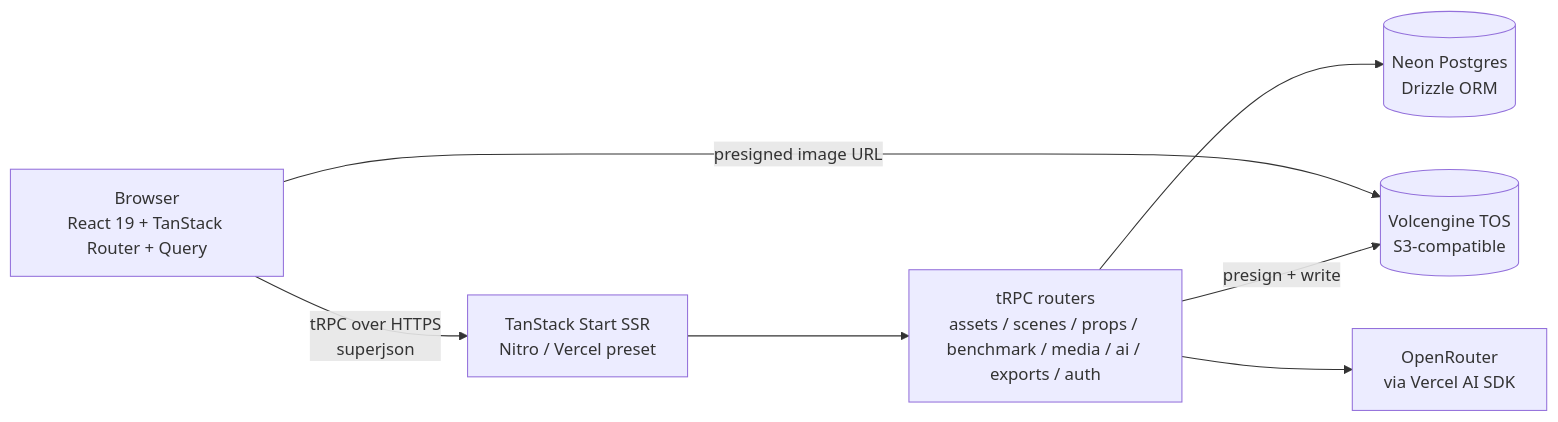
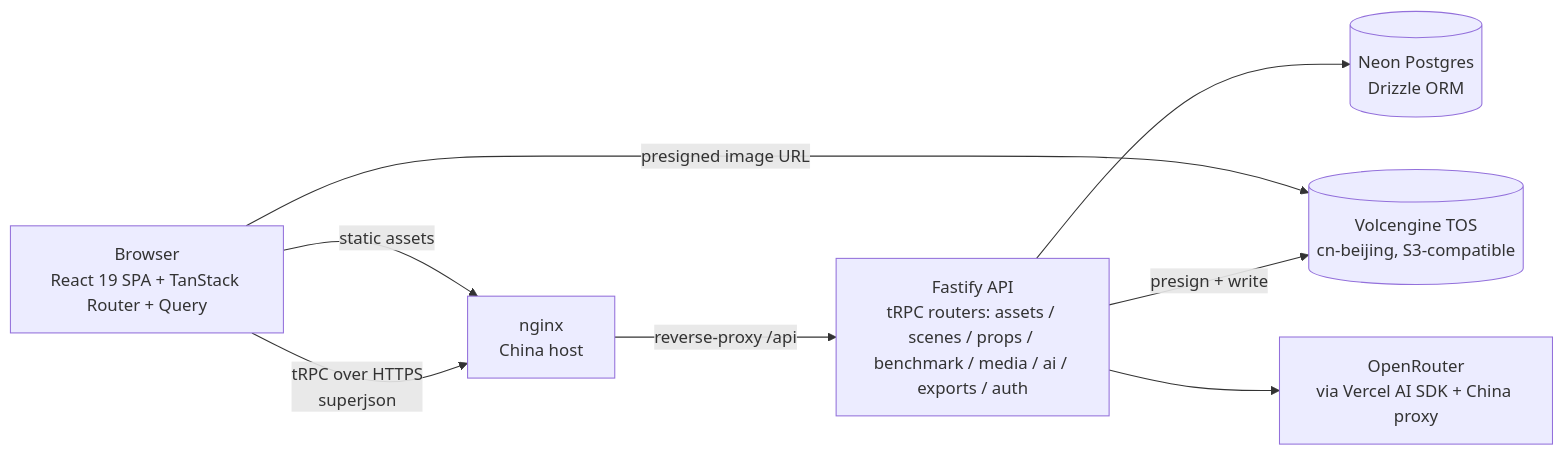
One commit to smilexuhc/benchmark-repo changed the first of 4 diagrams in docs/plans/2026-05-30-001-refactor-asset-library-stack-rebuild-plan.md. Above: the diagram before and after it, drawn with Mermaid. The commit also changed other lines of this file, not shown here.

First line of the commit message:
docs: finalize Milestone 1 architecture for asset library rebuild

````diff
--- a/docs/plans/2026-05-30-001-refactor-asset-library-stack-rebuild-plan.md
+++ b/docs/plans/2026-05-30-001-refactor-asset-library-stack-rebuild-plan.md
@@ -39,16 +70,17 @@
 ```mermaid
 flowchart LR
-  B[Browser<br/>React 19 + TanStack Router + Query]
-  S[TanStack Start SSR<br/>Nitro / Vercel preset]
-  R[tRPC routers<br/>assets / scenes / props / benchmark / media / ai / exports / auth]
+  B[Browser<br/>React 19 SPA + TanStack Router + Query]
+  N[nginx<br/>China host]
+  S[Fastify API<br/>tRPC routers: assets / scenes / props / benchmark / media / ai / exports / auth]
   D[(Neon Postgres<br/>Drizzle ORM)]
-  T[(Volcengine TOS<br/>S3-compatible)]
-  A[OpenRouter<br/>via Vercel AI SDK]
+  T[(Volcengine TOS<br/>cn-beijing, S3-compatible)]
+  A[OpenRouter<br/>via Vercel AI SDK + China proxy]
 
-  B -- tRPC over HTTPS<br/>superjson --> S
+  B -- static assets --> N
+  B -- tRPC over HTTPS<br/>superjson --> N
+  N -- reverse-proxy /api --> S
   B -- presigned image URL --> T
-  S --> R
-  R --> D
-  R -- presign + write --> T
-  R --> A
+  S --> D
+  S -- presign + write --> T
+  S --> A
 ```
````
